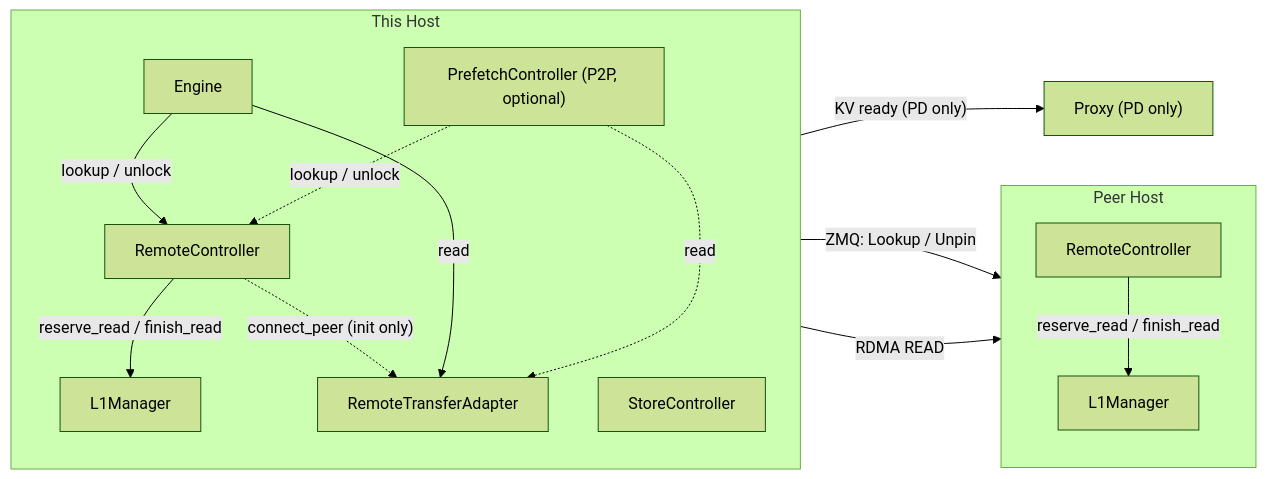
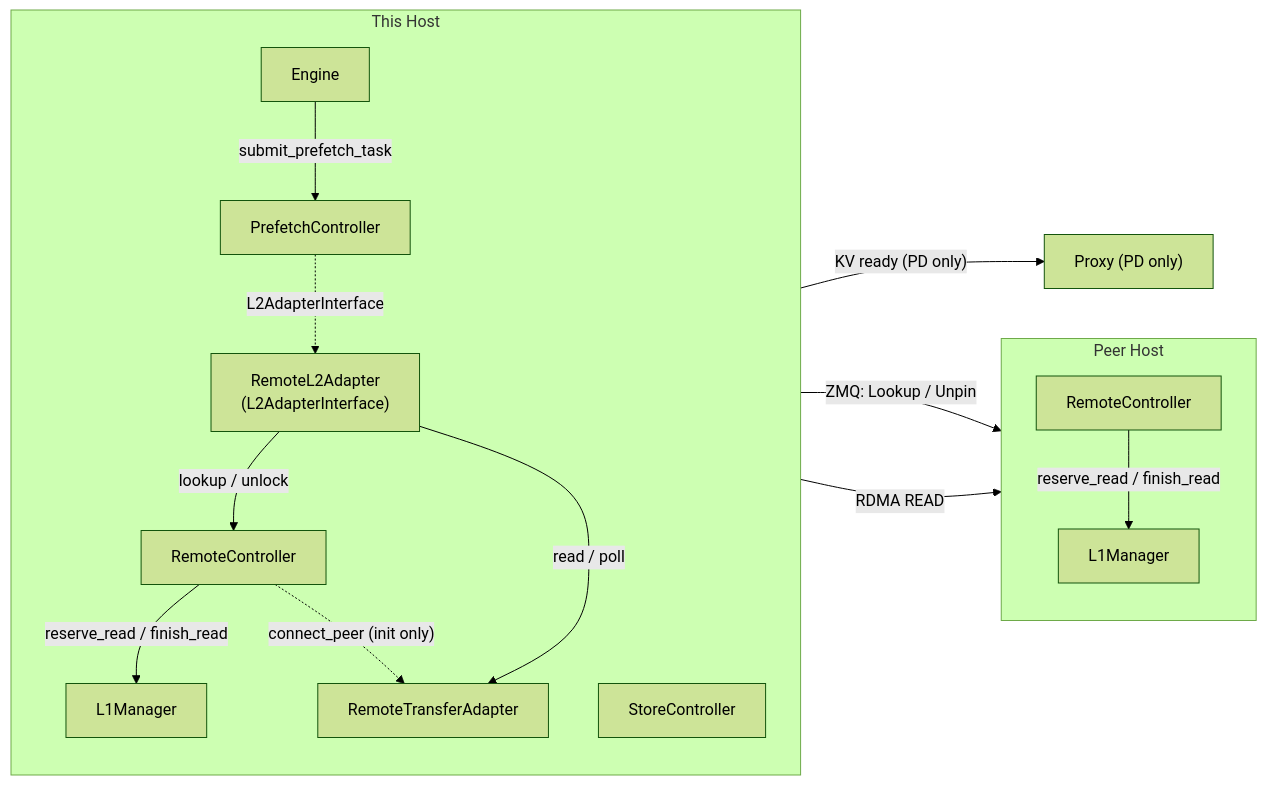
Before and after one commit to deng451e/LMCache: the first of 3 diagrams in docs/design/disagg/remote_controller.md, drawn with Mermaid (forest theme). The commit also changed other lines of this file and 7 other files, not shown here.

````diff
--- a/docs/design/disagg/remote_controller.md
+++ b/docs/design/disagg/remote_controller.md
@@ -29,31 +29,32 @@
 ```mermaid
 graph LR
     subgraph LOCAL["This Host"]
         direction TB
         ENG["Engine"]
-        PC["PrefetchController (P2P, optional)"]
+        PC["PrefetchController"]
         SC["StoreController"]
+        RLA["RemoteL2Adapter\n(L2AdapterInterface)"]
         RC["RemoteController"]
         L1["L1Manager"]
         RTA["RemoteTransferAdapter"]
     end
 
     subgraph PEER["Peer Host"]
         direction TB
         RCP["RemoteController"]
         L1P["L1Manager"]
     end
 
     PRX["Proxy (PD only)"]
 
-    ENG -- "lookup / unlock" --> RC
-    PC -. "lookup / unlock" .-> RC
+    ENG -- "submit_prefetch_task" --> PC
+    PC -. "L2AdapterInterface" .-> RLA
     SC -- "KV ready (PD only)" --> PRX
     RC -- "reserve_read / finish_read" --> L1
+    RLA -- "lookup / unlock" --> RC
+    RLA -- "read / poll" --> RTA
     RC -. "connect_peer (init only)" .-> RTA
-    ENG -- "read" --> RTA
-    PC -. "read" .-> RTA
     RC -- "ZMQ: Lookup / Unpin" --> RCP
     RCP -- "reserve_read / finish_read" --> L1P
     RTA -- "RDMA READ" --> L1P
 ```
````
